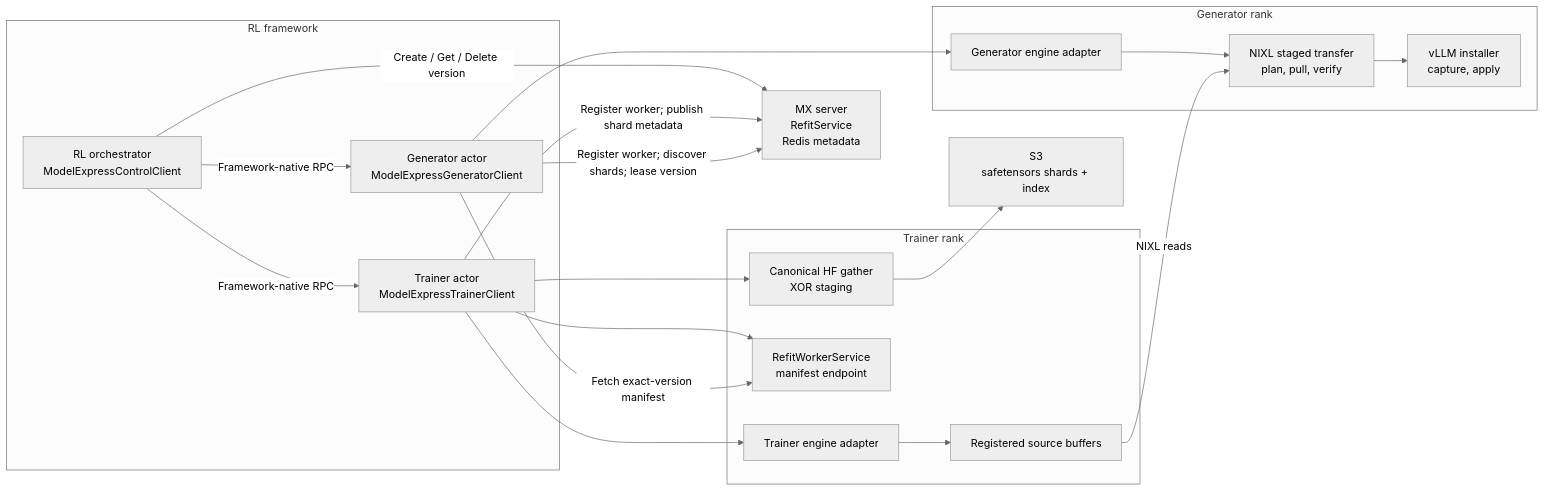
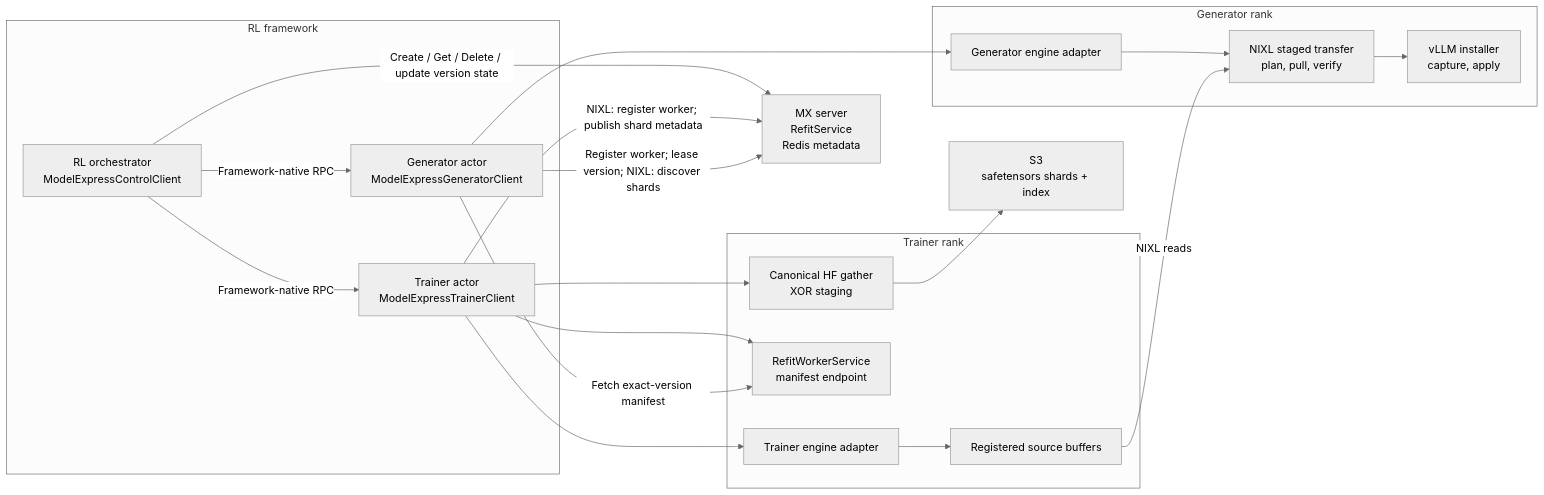
One commit to ai-dynamo/modelexpress changed the second of 3 diagrams in docs/ARCHITECTURE.md. Above: the diagram before and after it, drawn with Mermaid (neutral theme). The commit also changed other lines of this file and 25 other files, not shown here.

````diff
--- a/docs/ARCHITECTURE.md
+++ b/docs/ARCHITECTURE.md
@@ -403,37 +403,37 @@
 ```mermaid
 flowchart LR
     subgraph Framework["RL framework"]
         O["RL orchestrator<br/>ModelExpressControlClient"]
         T["Trainer actor<br/>ModelExpressTrainerClient"]
         G["Generator actor<br/>ModelExpressGeneratorClient"]
     end
 
     S["MX server<br/>RefitService<br/>Redis metadata"]
 
     subgraph Trainer["Trainer rank"]
         TA["Trainer engine adapter"]
         B["Registered source buffers"]
         M["RefitWorkerService<br/>manifest endpoint"]
         C["Canonical HF gather<br/>XOR staging"]
     end
 
     D["S3<br/>safetensors shards + index"]
 
     subgraph Generator["Generator rank"]
         GA["Generator engine adapter"]
         X["NIXL staged transfer<br/>plan, pull, verify"]
         I["vLLM installer<br/>capture, apply"]
     end
 
-    O -->|"Create / Get / Delete version"| S
+    O -->|"Create / Get / Delete / update version state"| S
     O -->|"Framework-native RPC"| T
     O -->|"Framework-native RPC"| G
     T --> TA --> B
     T --> C --> D
-    T -->|"Register worker; publish shard metadata"| S
+    T -->|"NIXL: register worker; publish shard metadata"| S
     T --> M
-    G -->|"Register worker; discover shards; lease version"| S
+    G -->|"Register worker; lease version; NIXL: discover shards"| S
     G --> GA --> X --> I
     G -->|"Fetch exact-version manifest"| M
     B -->|"NIXL reads"| X
 ```
````
